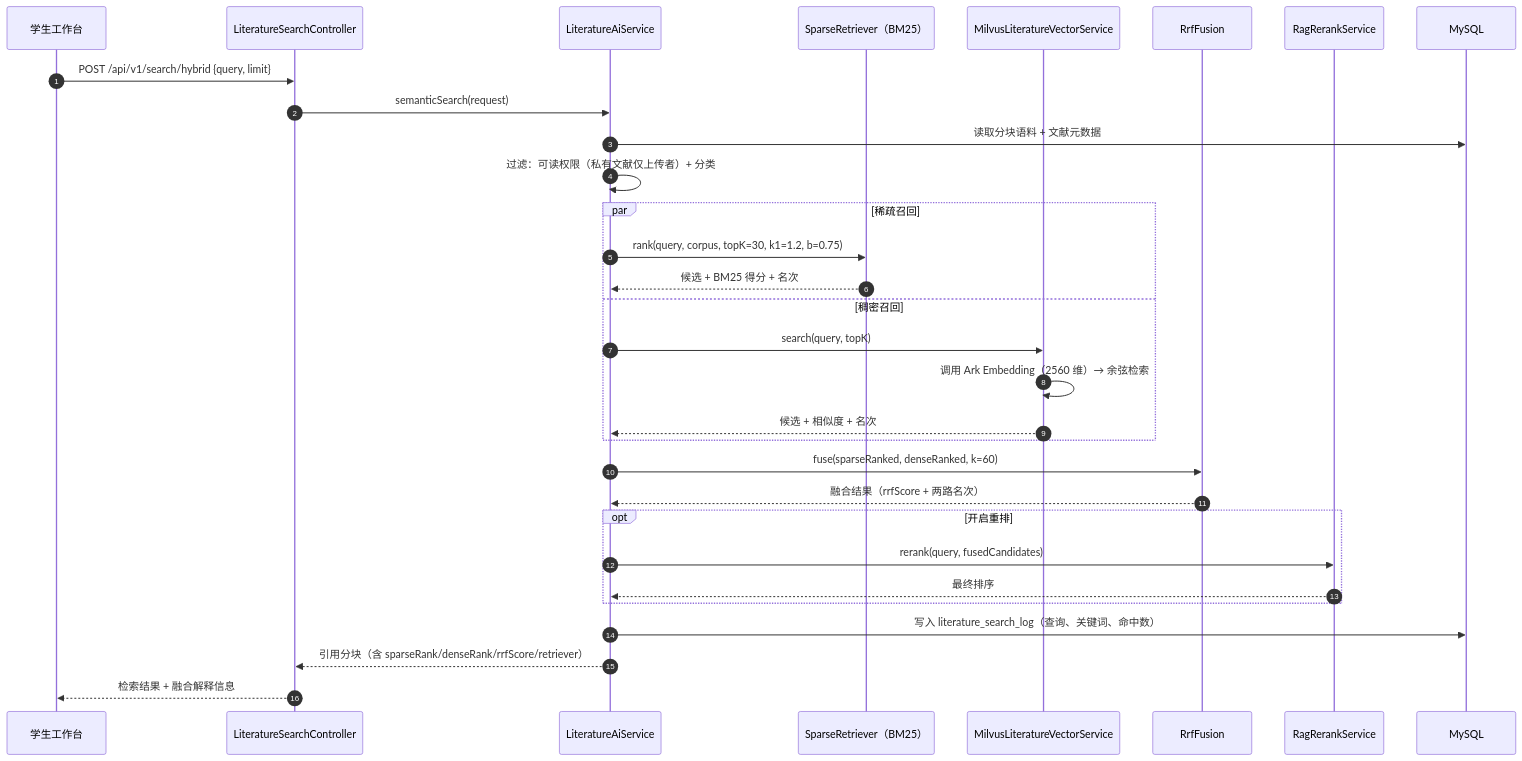
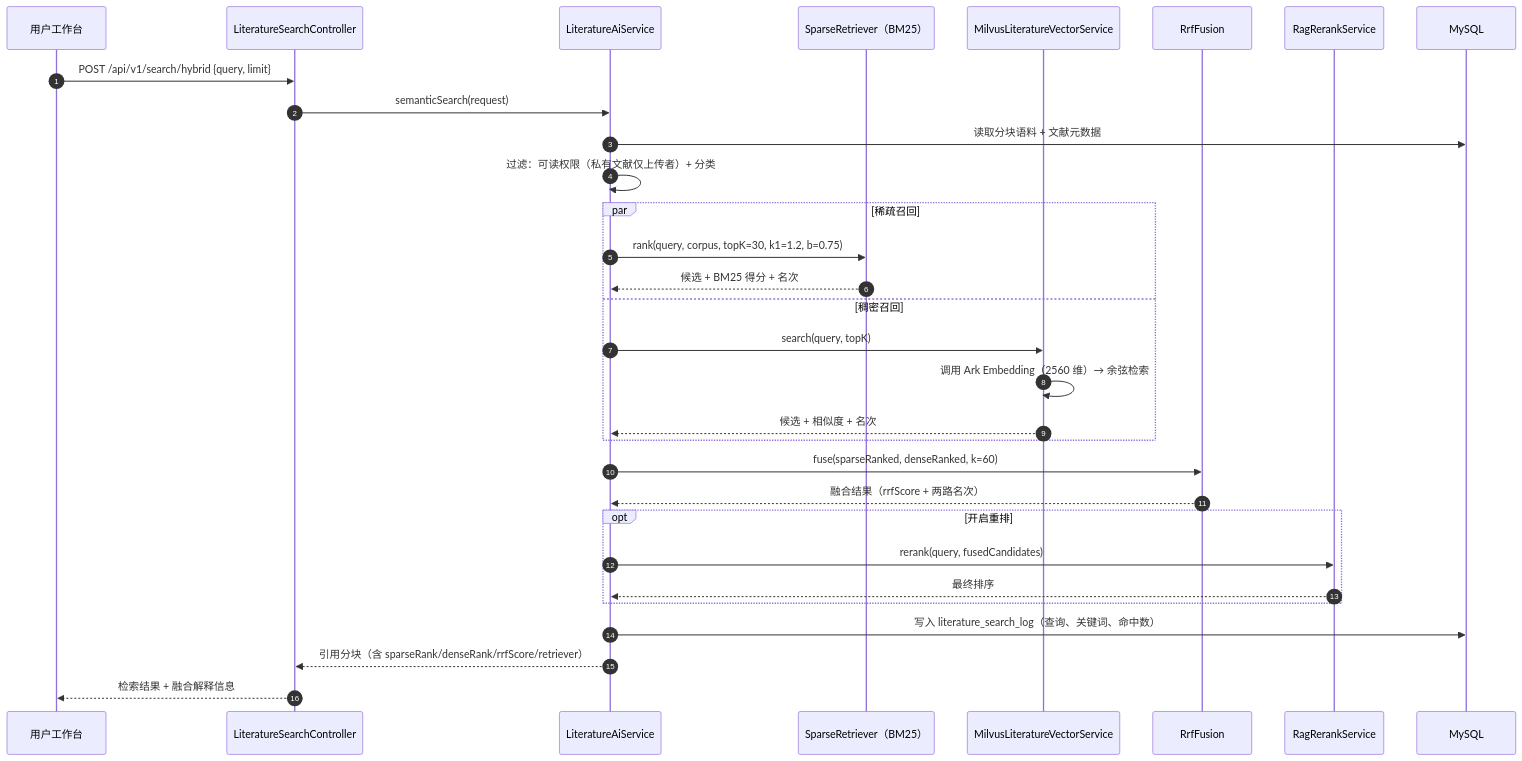
Before and after one commit to MaouXY/ScholarMind: the seventh of 13 diagrams in doc/AI图书馆文献检索与阅读助手-05-设计图表.md, drawn with Mermaid. The commit also changed other lines of this file and 47 other files, not shown here.

````diff
--- a/doc/AI图书馆文献检索与阅读助手-05-设计图表.md
+++ b/doc/AI图书馆文献检索与阅读助手-05-设计图表.md
@@ -399,34 +393,34 @@
 ```mermaid
 sequenceDiagram
     autonumber
-    participant U as 学生工作台
+    participant U as 用户工作台
     participant C as LiteratureSearchController
     participant S as LiteratureAiService
     participant SP as SparseRetriever（BM25）
     participant MV as MilvusLiteratureVectorService
     participant RF as RrfFusion
     participant RK as RagRerankService
     participant DB as MySQL
 
     U->>C: POST /api/v1/search/hybrid {query, limit}
     C->>S: semanticSearch(request)
     S->>DB: 读取分块语料 + 文献元数据
     S->>S: 过滤：可读权限（私有文献仅上传者）+ 分类
     par 稀疏召回
         S->>SP: rank(query, corpus, topK=30, k1=1.2, b=0.75)
         SP-->>S: 候选 + BM25 得分 + 名次
     and 稠密召回
         S->>MV: search(query, topK)
         MV->>MV: 调用 Ark Embedding（2560 维）→ 余弦检索
         MV-->>S: 候选 + 相似度 + 名次
     end
     S->>RF: fuse(sparseRanked, denseRanked, k=60)
     RF-->>S: 融合结果（rrfScore + 两路名次）
     opt 开启重排
         S->>RK: rerank(query, fusedCandidates)
         RK-->>S: 最终排序
     end
     S->>DB: 写入 literature_search_log（查询、关键词、命中数）
     S-->>C: 引用分块（含 sparseRank/denseRank/rrfScore/retriever）
     C-->>U: 检索结果 + 融合解释信息
 ```
````
